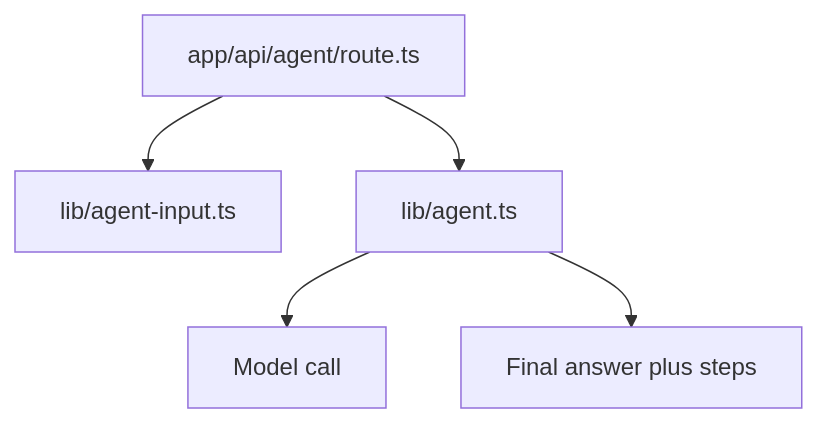
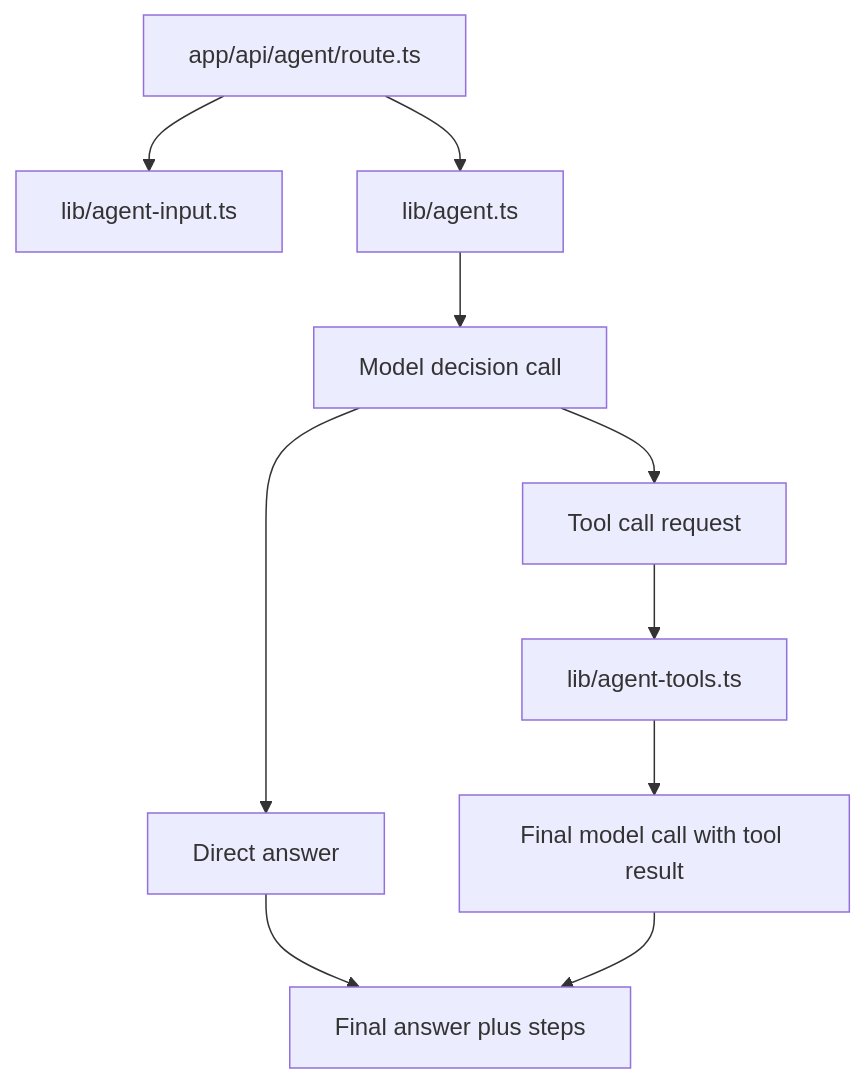
The second of 2 diagrams in docs/architecture.md (Liang-HZ/inspectable-agent-harness), drawn with Mermaid before and after one commit. The commit also changed other lines of this file and 7 other files, not shown here.

Commit message:
Add inspectable agent tool loop

````diff
--- a/docs/architecture.md
+++ b/docs/architecture.md
@@ -162,7 +180,12 @@
 ```mermaid
 flowchart TD
   AgentRoute[app/api/agent/route.ts] --> AgentInput[lib/agent-input.ts]
   AgentRoute --> AgentService[lib/agent.ts]
-  AgentService --> ModelCall[Model call]
-  AgentService --> AgentResponse[Final answer plus steps]
+  AgentService --> DecisionCall[Model decision call]
+  DecisionCall --> DirectAnswer[Direct answer]
+  DecisionCall --> ToolCall[Tool call request]
+  ToolCall --> AgentTools[lib/agent-tools.ts]
+  AgentTools --> FinalCall[Final model call with tool result]
+  DirectAnswer --> AgentResponse[Final answer plus steps]
+  FinalCall --> AgentResponse
 ```
````
